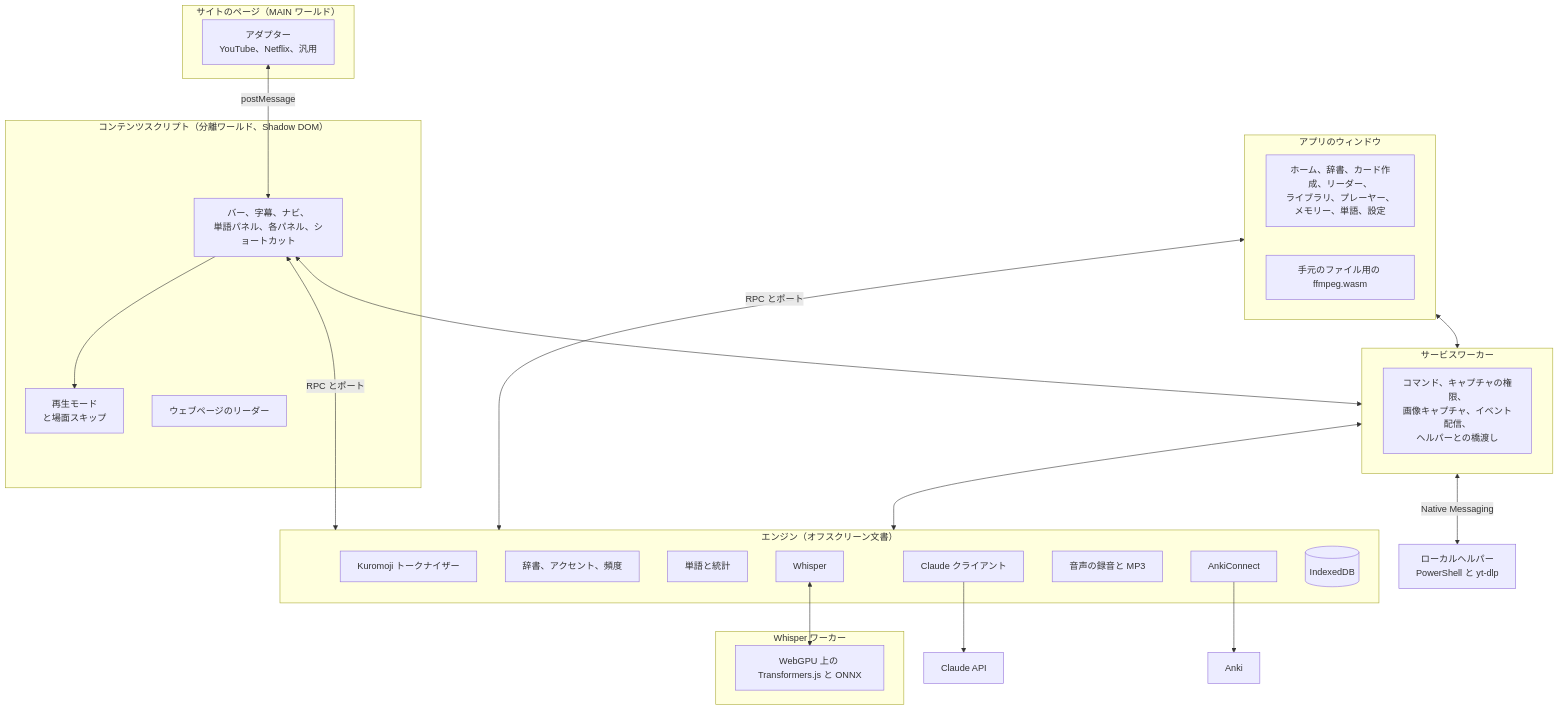
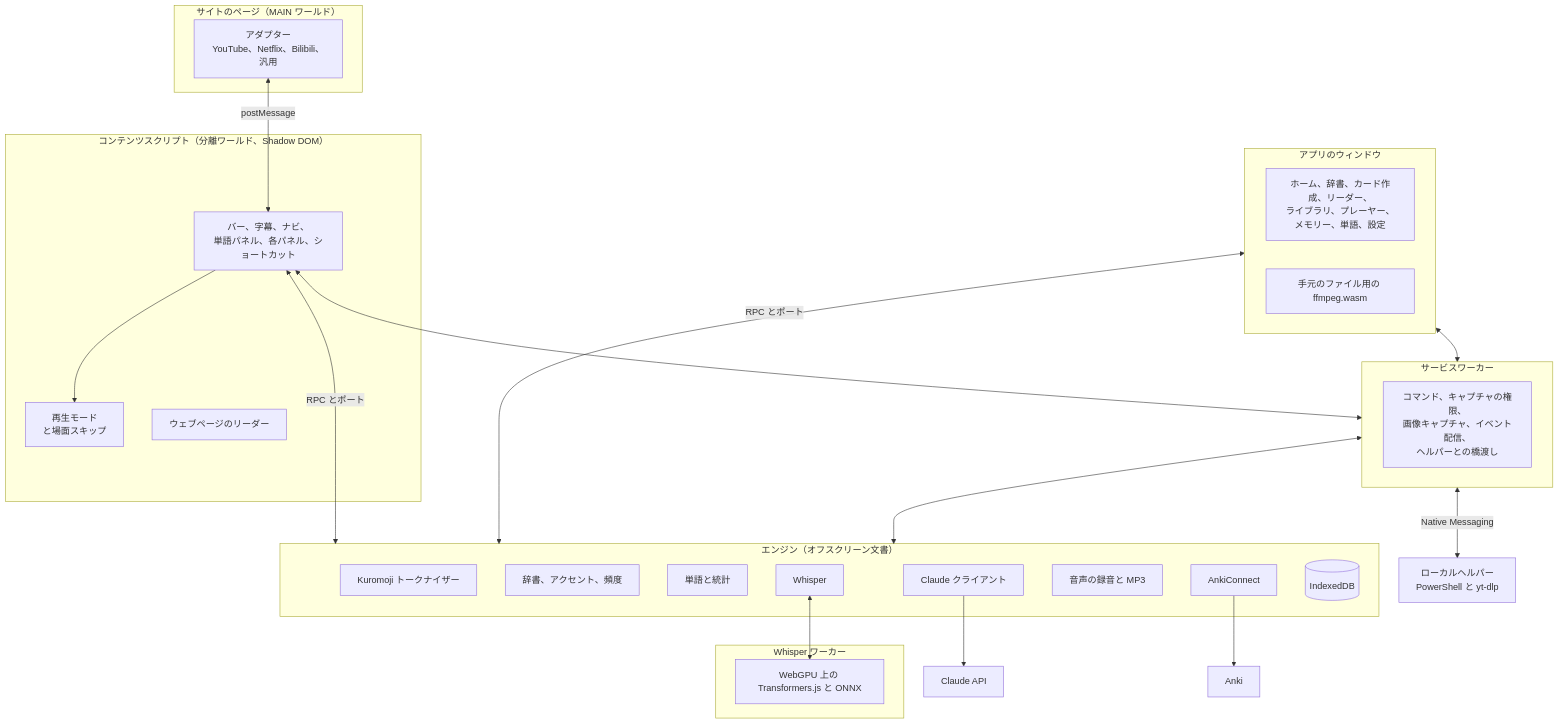
The diagram in docs/ja/architecture.md (Eliam4510/kotonoha), drawn with Mermaid before and after one commit. The commit also changed other lines of this file and 31 other files, not shown here.

````diff
--- a/docs/ja/architecture.md
+++ b/docs/ja/architecture.md
@@ -9,42 +9,42 @@
 ```mermaid
 flowchart TB
   subgraph Pagina["サイトのページ（MAIN ワールド）"]
-    AD["アダプター<br/>YouTube、Netflix、汎用"]
+    AD["アダプター<br/>YouTube、Netflix、Bilibili、汎用"]
   end
   subgraph Contenido["コンテンツスクリプト（分離ワールド、Shadow DOM）"]
     UI["バー、字幕、ナビ、<br/>単語パネル、各パネル、ショートカット"]
     MODO["再生モード<br/>と場面スキップ"]
     WEB["ウェブページのリーダー"]
   end
   subgraph SW["サービスワーカー"]
     RUTA["コマンド、キャプチャの権限、<br/>画像キャプチャ、イベント配信、<br/>ヘルパーとの橋渡し"]
   end
   subgraph Motor["エンジン（オフスクリーン文書）"]
     TOK["Kuromoji トークナイザー"]
     DIC["辞書、アクセント、頻度"]
     PAL["単語と統計"]
     IA["Claude クライアント"]
     ANKI["AnkiConnect"]
     REC["音声の録音と MP3"]
     WH["Whisper"]
     DB[("IndexedDB")]
   end
   subgraph Trabajador["Whisper ワーカー"]
     GPU["WebGPU 上の Transformers.js と ONNX"]
   end
   subgraph App["アプリのウィンドウ"]
     PANT["ホーム、辞書、カード作成、リーダー、<br/>ライブラリ、プレーヤー、メモリー、単語、設定"]
     FF["手元のファイル用の ffmpeg.wasm"]
   end
   AD <-->|postMessage| UI
   UI --> MODO
   UI <-->|RPC とポート| Motor
   UI <--> SW
   App <-->|RPC とポート| Motor
   App <--> SW
   SW <--> Motor
   SW <-->|Native Messaging| AY["ローカルヘルパー<br/>PowerShell と yt-dlp"]
   WH <--> GPU
   IA --> CL["Claude API"]
   ANKI --> AN["Anki"]
 ```
````
